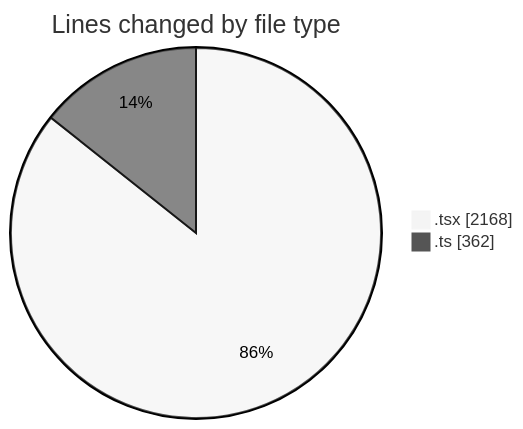
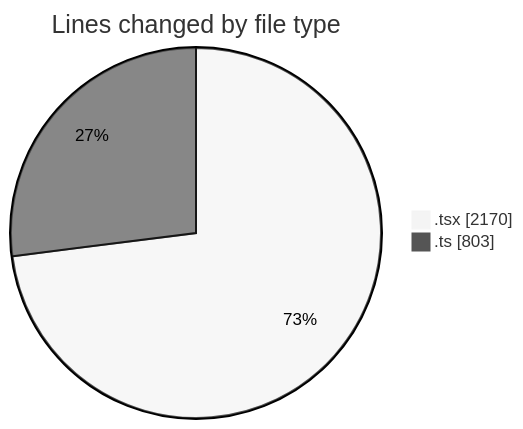
The first of 2 diagrams in 2025-07-02/cda/README.md (momahboobian/code-tracking), drawn with Mermaid (neutral theme) before and after one commit. The commit also changed other lines of this file and 1 other file, not shown here.

````diff
--- a/2025-07-02/cda/README.md
+++ b/2025-07-02/cda/README.md
@@ -23,6 +24,6 @@
 ```mermaid
 pie showData
 title Lines changed by file type
-".tsx" : 2168
-".ts" : 362
+".tsx" : 2170
+".ts" : 803
 ```
````
